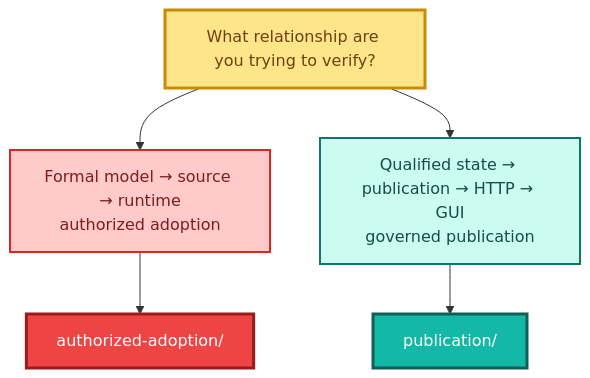
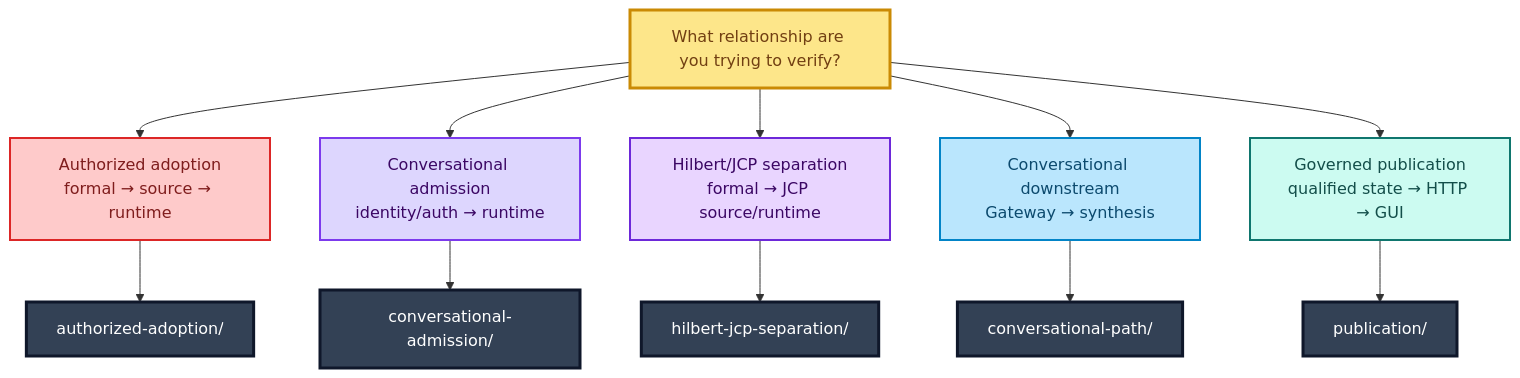
The second of 3 diagrams in correspondence/README.md (kiddstechnical/ALLIS-Artificial-Learning-and-Location-Intelligence-System), drawn with Mermaid before and after one commit. The commit also changed other lines of this file, not shown here.

````diff
--- a/correspondence/README.md
+++ b/correspondence/README.md
@@ -156,19 +213,30 @@
 ```mermaid
 flowchart TD
     Q["What relationship are you trying to verify?"]:::question
 
-    A["Formal model → source → runtime<br/>authorized adoption"]:::a
-    P["Qualified state → publication → HTTP → GUI<br/>governed publication"]:::p
+    A["Authorized adoption<br/>formal → source → runtime"]:::a
+    R2["Conversational admission<br/>identity/auth → runtime"]:::r2
+    R3["Hilbert/JCP separation<br/>formal → JCP source/runtime"]:::r3
+    CP["Conversational downstream<br/>Gateway → synthesis"]:::cp
+    P["Governed publication<br/>qualified state → HTTP → GUI"]:::p
 
-    AA["authorized-adoption/"]:::folderA
-    PP["publication/"]:::folderP
+    AA["authorized-adoption/"]:::folder
+    RR2["conversational-admission/"]:::folder
+    RR3["hilbert-jcp-separation/"]:::folder
+    CCP["conversational-path/"]:::folder
+    PP["publication/"]:::folder
 
     Q --> A --> AA
+    Q --> R2 --> RR2
+    Q --> R3 --> RR3
+    Q --> CP --> CCP
     Q --> P --> PP
 
     classDef question fill:#fde68a,stroke:#ca8a04,color:#713f12,stroke-width:3px;
     classDef a fill:#fecaca,stroke:#dc2626,color:#7f1d1d,stroke-width:2px;
+    classDef r2 fill:#ddd6fe,stroke:#7c3aed,color:#3b0764,stroke-width:2px;
+    classDef r3 fill:#e9d5ff,stroke:#6d28d9,color:#3b0764,stroke-width:2px;
+    classDef cp fill:#bae6fd,stroke:#0284c7,color:#0c4a6e,stroke-width:2px;
     classDef p fill:#ccfbf1,stroke:#0f766e,color:#134e4a,stroke-width:2px;
-    classDef folderA fill:#ef4444,stroke:#991b1b,color:#ffffff,stroke-width:3px;
-    classDef folderP fill:#14b8a6,stroke:#115e59,color:#ffffff,stroke-width:3px;
+    classDef folder fill:#334155,stroke:#0f172a,color:#ffffff,stroke-width:3px;
 ```
````
